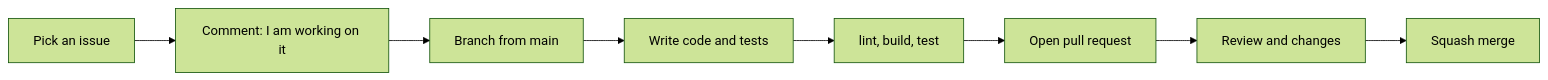
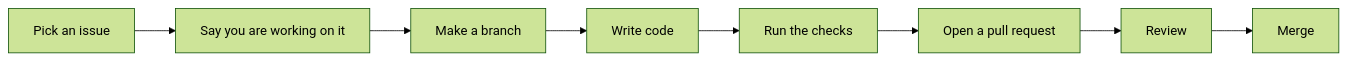
One commit to intabtools/intabpdf changed the diagram in docs/contributing.md. Above: the diagram before and after it, drawn with Mermaid (forest theme). The commit also changed other lines of this file and 12 other files, not shown here.

````diff
--- a/docs/contributing.md
+++ b/docs/contributing.md
@@ -18,10 +28,10 @@
 ```mermaid
 flowchart LR
-    A["Pick an issue"] --> B["Comment: I am working on it"]
-    B --> C["Branch from main"]
-    C --> D["Write code and tests"]
-    D --> E["lint, build, test"]
-    E --> F["Open pull request"]
-    F --> G["Review and changes"]
-    G --> H["Squash merge"]
+    A["Pick an issue"] --> B["Say you are working on it"]
+    B --> C["Make a branch"]
+    C --> D["Write code"]
+    D --> E["Run the checks"]
+    E --> F["Open a pull request"]
+    F --> G["Review"]
+    G --> H["Merge"]
 ```
````
